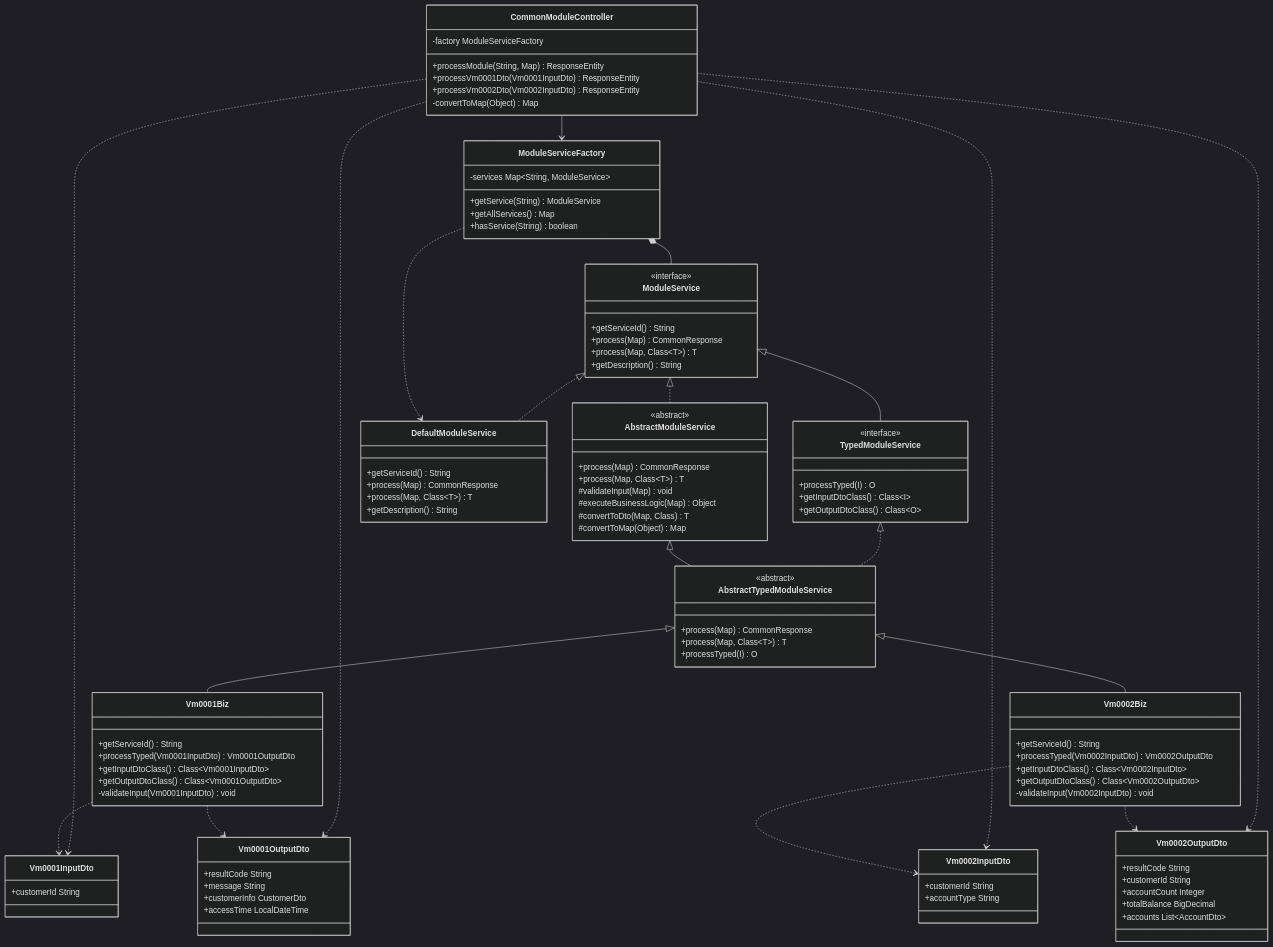
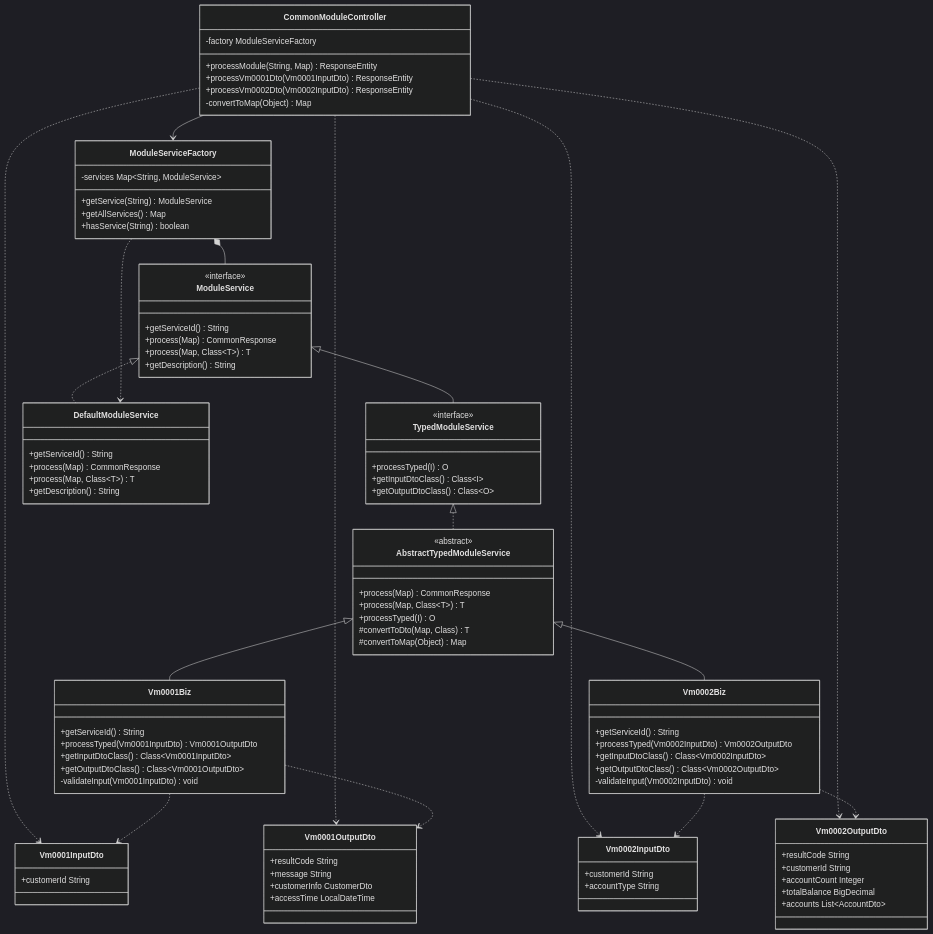
One commit to kubelin/wm-common changed the first of 3 diagrams in README.md. Above: the diagram before and after it, drawn with Mermaid (dark theme). The commit also changed 4 other files, not shown here.

First line of the commit message:
refactor: Remove unnecessary AbstractModuleService layer

```diff
--- a/README.md
+++ b/README.md
@@ -65,21 +65,13 @@
         +getOutputDtoClass() Class~O~
     }
     
-    class AbstractModuleService {
-        <<abstract>>
-        +process(Map) CommonResponse
-        +process(Map, Class~T~) T
-        #validateInput(Map) void
-        #executeBusinessLogic(Map) Object
-        #convertToDto(Map, Class) T
-        #convertToMap(Object) Map
-    }
-    
     class AbstractTypedModuleService {
         <<abstract>>
         +process(Map) CommonResponse
         +process(Map, Class~T~) T
         +processTyped(I) O
+        #convertToDto(Map, Class) T
+        #convertToMap(Object) Map
     }
     
     class Vm0001Biz {
@@ -145,10 +137,8 @@
     }
     
     ModuleService <|-- TypedModuleService
-    ModuleService <|.. AbstractModuleService
     ModuleService <|.. DefaultModuleService
     TypedModuleService <|.. AbstractTypedModuleService
-    AbstractModuleService <|-- AbstractTypedModuleService
     AbstractTypedModuleService <|-- Vm0001Biz
     AbstractTypedModuleService <|-- Vm0002Biz
     
```
